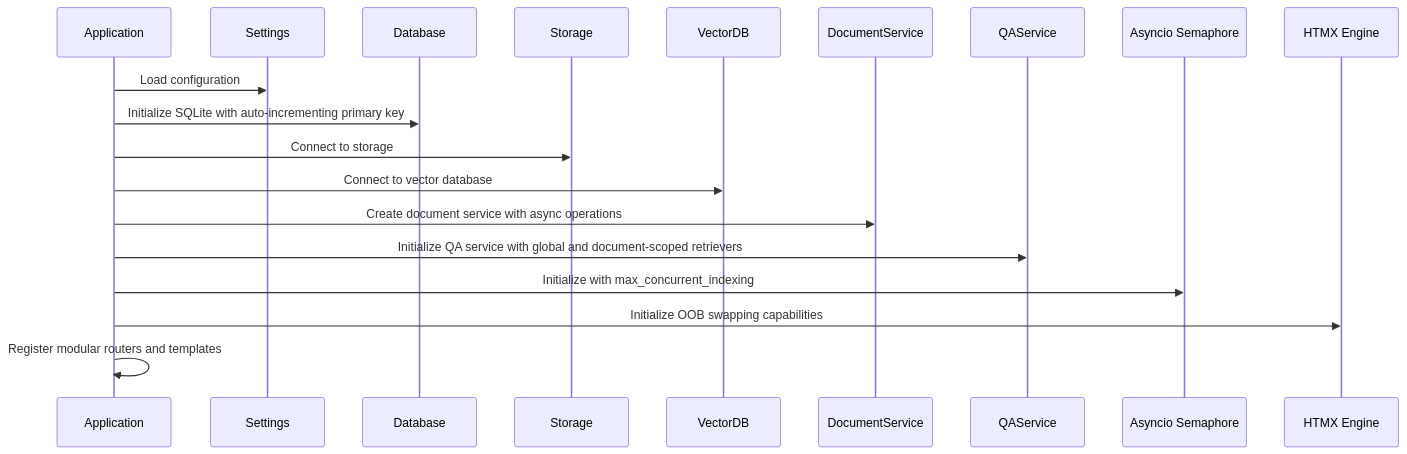
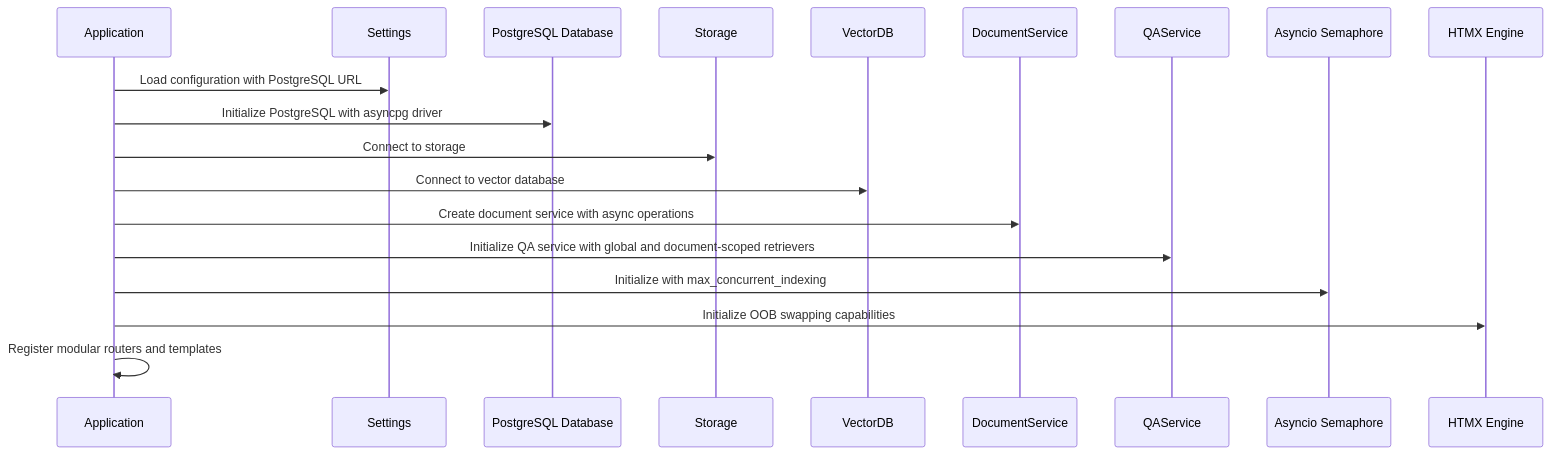
One commit to ognelis/cafetera_hr_bot changed the second of 26 diagrams in .qoder/repowiki/en/content/Document Management System.md. Above: the diagram before and after it, drawn with Mermaid. The commit also changed other lines of this file and 13 other files, not shown here.

````diff
--- a/.qoder/repowiki/en/content/Document Management System.md
+++ b/.qoder/repowiki/en/content/Document Management System.md
@@ -285,21 +307,21 @@
 ```mermaid
 sequenceDiagram
 participant App as Application
 participant Config as Settings
-participant DB as Database
+participant DB as PostgreSQL Database
 participant S3 as Storage
 participant Qdrant as VectorDB
 participant Service as DocumentService
 participant QAService as QAService
 participant Semaphore as Asyncio Semaphore
 participant HTMX as HTMX Engine
-App->>Config : Load configuration
-App->>DB : Initialize SQLite with auto-incrementing primary key
+App->>Config : Load configuration with PostgreSQL URL
+App->>DB : Initialize PostgreSQL with asyncpg driver
 App->>S3 : Connect to storage
 App->>Qdrant : Connect to vector database
 App->>Service : Create document service with async operations
 App->>QAService : Initialize QA service with global and document-scoped retrievers
 App->>Semaphore : Initialize with max_concurrent_indexing
 App->>HTMX : Initialize OOB swapping capabilities
 App->>App : Register modular routers and templates
 ```
````
